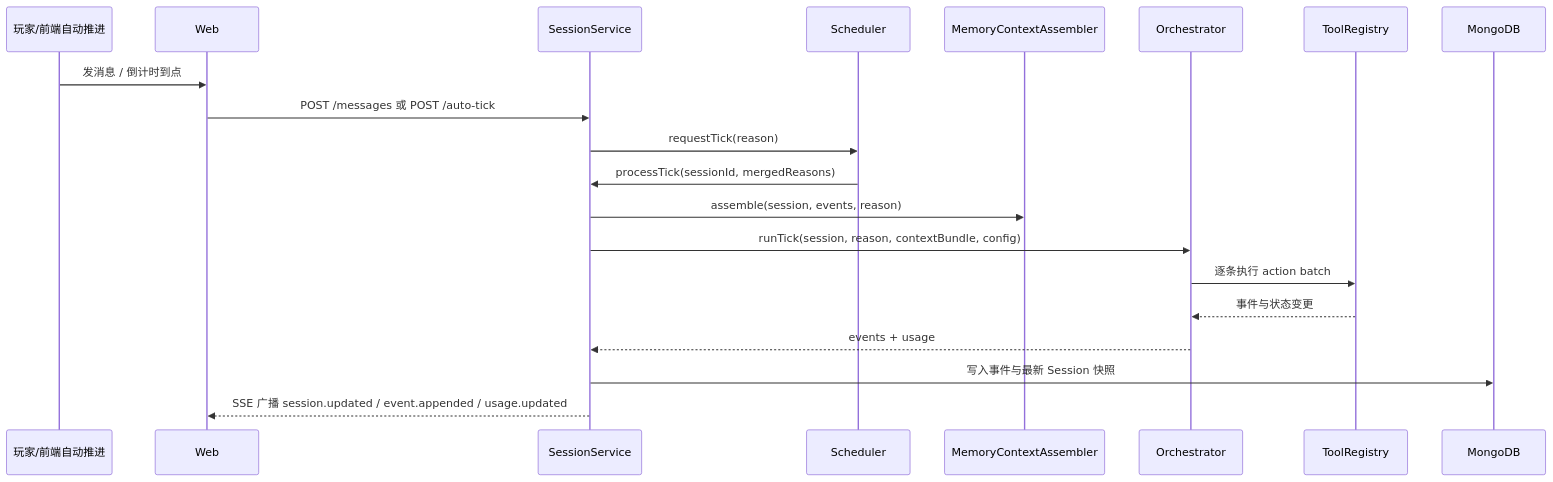
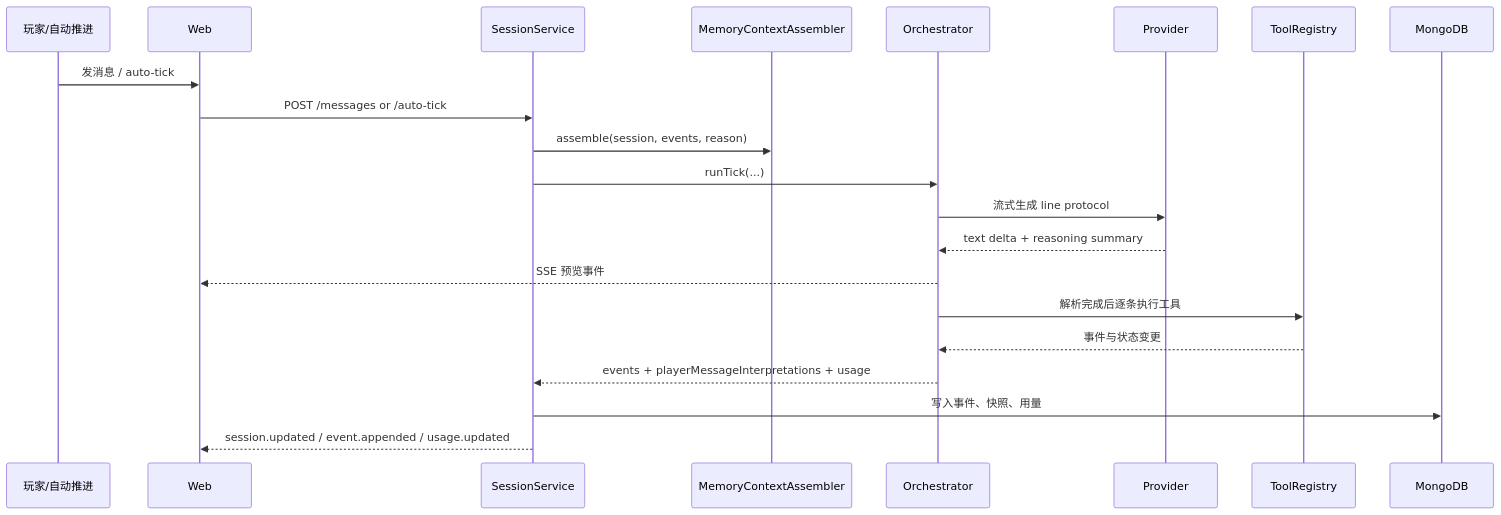
One commit to BobH233/DGLab-AI changed the third of 3 diagrams in doc/architecture.md. Above: the diagram before and after it, drawn with Mermaid. The commit also changed other lines of this file and 5 other files, not shown here.

````diff
--- a/doc/architecture.md
+++ b/doc/architecture.md
@@ -130,23 +138,24 @@
 ```mermaid
 sequenceDiagram
-    participant U as 玩家/前端自动推进
+    participant U as 玩家/自动推进
     participant W as Web
     participant S as SessionService
-    participant Q as Scheduler
     participant C as MemoryContextAssembler
     participant O as Orchestrator
+    participant P as Provider
     participant T as ToolRegistry
-    participant M as MongoDB
+    participant DB as MongoDB
 
-    U->>W: 发消息 / 倒计时到点
-    W->>S: POST /messages 或 POST /auto-tick
-    S->>Q: requestTick(reason)
-    Q->>S: processTick(sessionId, mergedReasons)
+    U->>W: 发消息 / auto-tick
+    W->>S: POST /messages or /auto-tick
     S->>C: assemble(session, events, reason)
-    S->>O: runTick(session, reason, contextBundle, config)
-    O->>T: 逐条执行 action batch
+    S->>O: runTick(...)
+    O->>P: 流式生成 line protocol
+    P-->>O: text delta + reasoning summary
+    O-->>W: SSE 预览事件
+    O->>T: 解析完成后逐条执行工具
     T-->>O: 事件与状态变更
-    O-->>S: events + usage
-    S->>M: 写入事件与最新 Session 快照
-    S-->>W: SSE 广播 session.updated / event.appended / usage.updated
+    O-->>S: events + playerMessageInterpretations + usage
+    S->>DB: 写入事件、快照、用量
+    S-->>W: session.updated / event.appended / usage.updated
 ```
````
